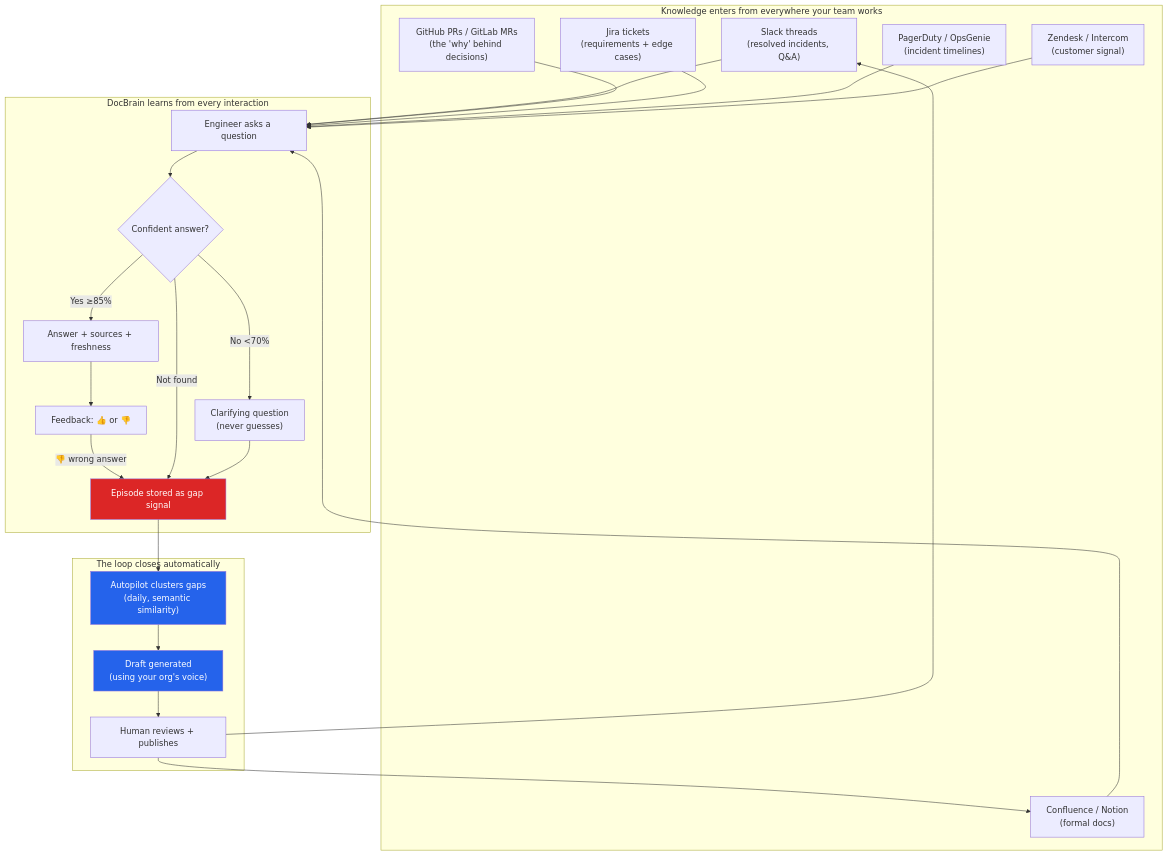
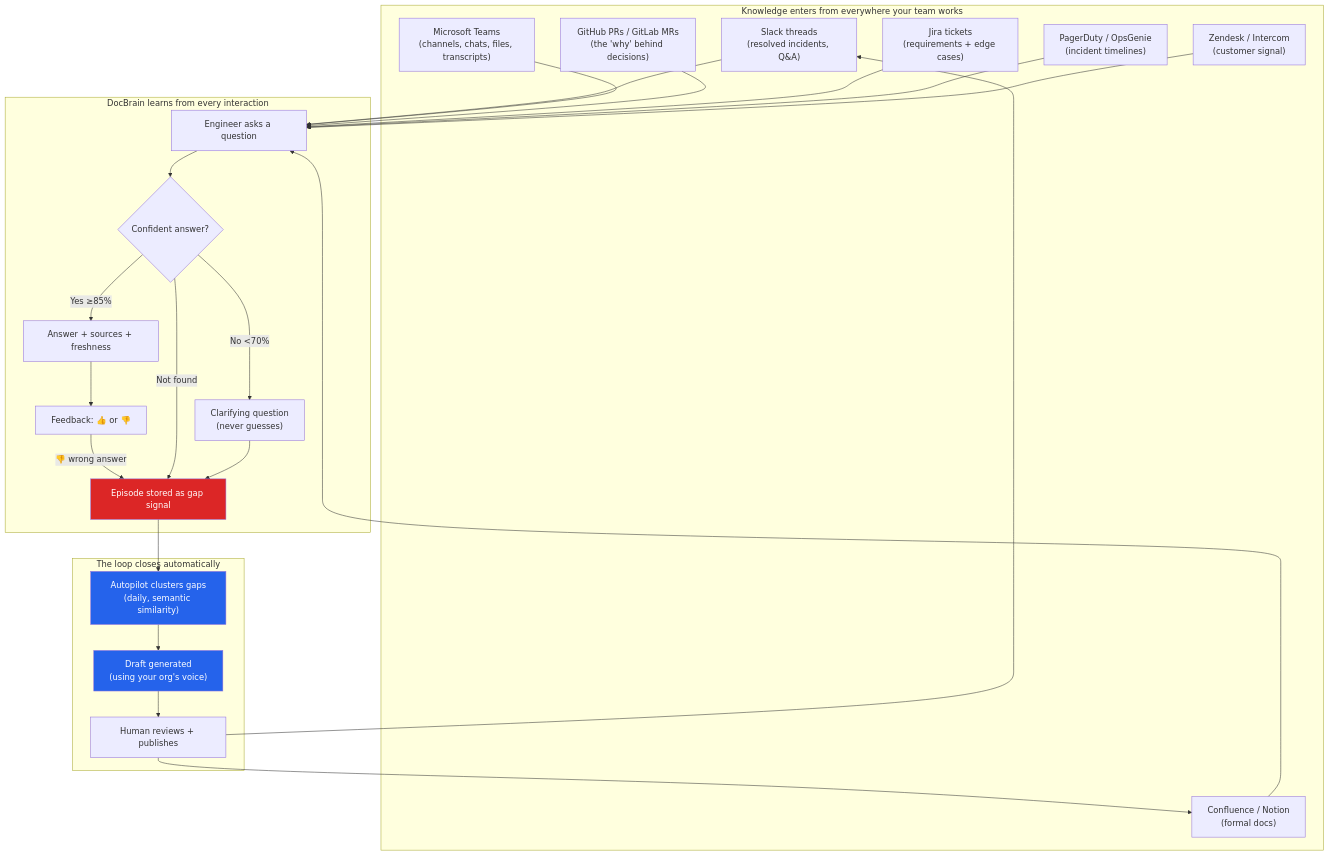
The first of 4 diagrams in README.md (docbrain-ai/docbrain), drawn with Mermaid before and after one commit. The commit also changed other lines of this file, not shown here.

Commit message:
adds MS Teams ingest(not fully tested)

````diff
--- a/README.md
+++ b/README.md
@@ -74,36 +74,37 @@
 ```mermaid
 graph TB
     subgraph "Knowledge enters from everywhere your team works"
         SL["Slack threads<br/>(resolved incidents, Q&A)"]
+        MT["Microsoft Teams<br/>(channels, chats, files, transcripts)"]
         PR["GitHub PRs / GitLab MRs<br/>(the 'why' behind decisions)"]
         JR["Jira tickets<br/>(requirements + edge cases)"]
         PD["PagerDuty / OpsGenie<br/>(incident timelines)"]
         ZD["Zendesk / Intercom<br/>(customer signal)"]
         CF["Confluence / Notion<br/>(formal docs)"]
     end
 
     subgraph "DocBrain learns from every interaction"
         Q["Engineer asks a question"]
         Q --> ANS{"Confident answer?"}
         ANS -->|"Yes ≥85%"| A["Answer + sources + freshness"]
         ANS -->|"No <70%"| CQ["Clarifying question<br/>(never guesses)"]
         A --> FB["Feedback: 👍 or 👎"]
         FB -->|"👎 wrong answer"| EP["Episode stored as gap signal"]
         ANS -->|"Not found"| EP
         CQ --> EP
     end
 
     subgraph "The loop closes automatically"
         EP --> CL["Autopilot clusters gaps<br/>(daily, semantic similarity)"]
         CL --> DR["Draft generated<br/>(using your org's voice)"]
         DR --> REV["Human reviews + publishes"]
         REV --> SL
         REV --> CF
     end
 
-    SL & PR & JR & PD & ZD & CF --> Q
+    SL & MT & PR & JR & PD & ZD & CF --> Q
 
     style EP fill:#dc2626,color:#fff
     style CL fill:#2563eb,color:#fff
     style DR fill:#2563eb,color:#fff
 ```
````
